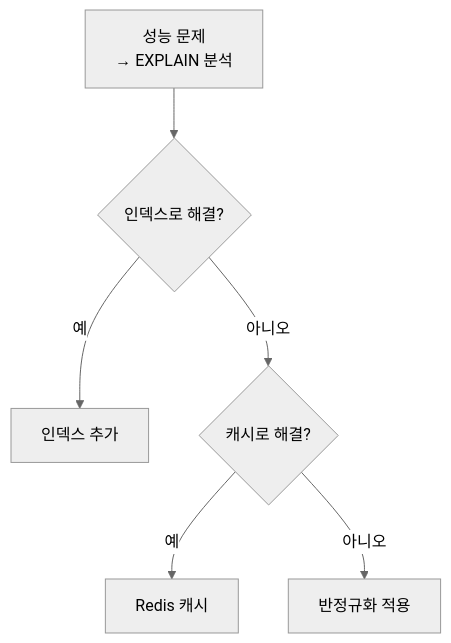
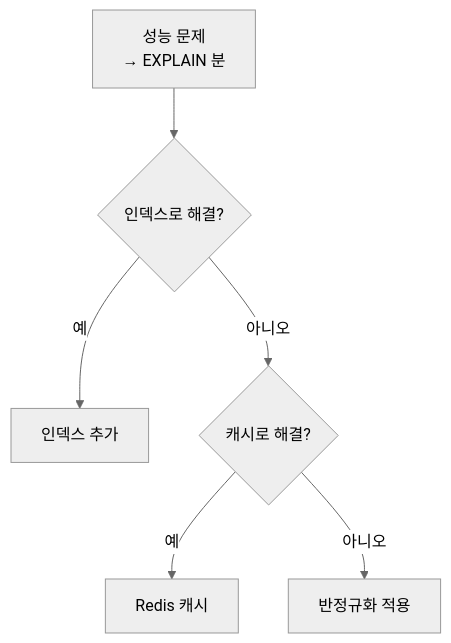
Before and after one commit to yjkim2015/yjkim2015.github.io: the third of 3 diagrams in _posts/db/2026-05-01-db-normalization.md, drawn with Mermaid (neutral theme). The commit also changed 271 other files, not shown here.

First line of the commit message:
Mermaid 라벨 축소: 긴 노드 텍스트 18자 이하로 트림 + \n 제거

````diff
--- a/_posts/db/2026-05-01-db-normalization.md
+++ b/_posts/db/2026-05-01-db-normalization.md
@@ -305,8 +305,8 @@
 ```mermaid
 flowchart TD
-    START["성능 문제\n→ EXPLAIN 분석"] --> INDEX{"인덱스로 해결?"}
+    START["성능 문제\n→ EXPLAIN 분"] --> INDEX{"인덱스로 해결?"}
     INDEX -->|"예"| ADD_IDX["인덱스 추가"]
     INDEX -->|"아니오"| CACHE{"캐시로 해결?"}
     CACHE -->|"예"| ADD_CACHE["Redis 캐시"]
     CACHE -->|"아니오"| APPLY["반정규화 적용"]
 ```
````
